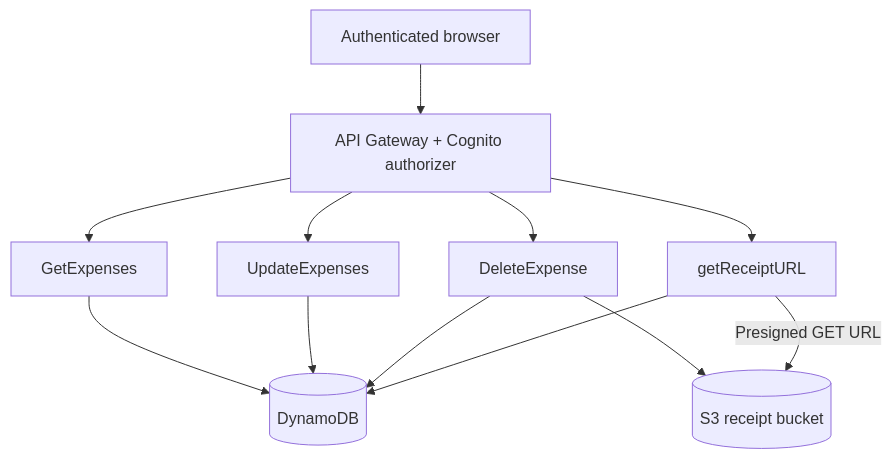
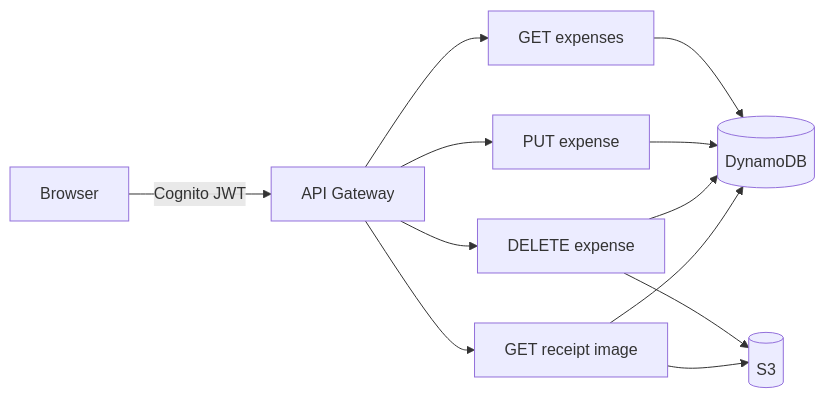
One commit to SahilBh01r1769/serverless-receipt-processor changed the second of 2 diagrams in README.md. Above: the diagram before and after it, drawn with Mermaid. The commit also changed other lines of this file, not shown here.

Commit message:
docs: restructure README around demo, architecture and deployment

````diff
--- a/README.md
+++ b/README.md
@@ -63,15 +38,14 @@
 ```mermaid
-flowchart TD
-    U[Authenticated browser] --> API[API Gateway + Cognito authorizer]
-    API --> GET[GetExpenses]
-    API --> UPDATE[UpdateExpenses]
-    API --> DELETE[DeleteExpense]
-    API --> IMAGE[getReceiptURL]
-
+flowchart LR
+    U[Browser] -->|Cognito JWT| API[API Gateway]
+    API --> GET[GET expenses]
+    API --> PUT[PUT expense]
+    API --> DEL[DELETE expense]
+    API --> IMG[GET receipt image]
     GET --> DB[(DynamoDB)]
-    UPDATE --> DB
-    DELETE --> DB
-    DELETE --> S3[(S3 receipt bucket)]
-    IMAGE --> DB
-    IMAGE -->|Presigned GET URL| S3
+    PUT --> DB
+    DEL --> DB
+    DEL --> S3[(S3)]
+    IMG --> DB
+    IMG --> S3
 ```
````
